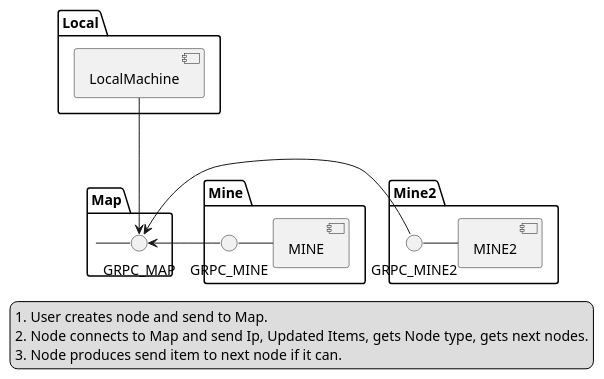
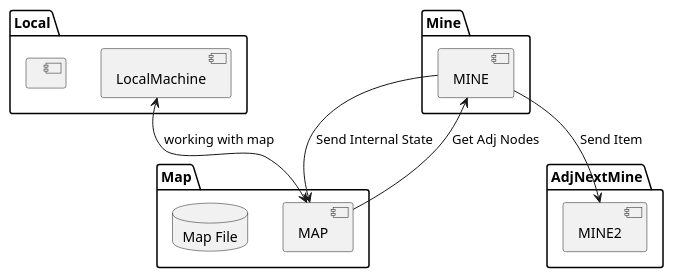
One commit to overmesgit/factorio changed the diagram in diagram.puml. Above: the diagram before and after it, drawn with PlantUML. The commit also changed 19 other files, not shown here.

Commit message:
New local map

```diff
--- a/diagram.puml
+++ b/diagram.puml
@@ -1,38 +1,41 @@
 @startuml
 'https://plantuml.com/component-diagram
 
 package "Local" {
   [LocalMachine]
+  component A [
+  ]
 }
 
 package "Map" {
-  GRPC_MAP - [Map]
+  [MAP]
+
+  database "Map File" {
+  }
+  component A [
+  1. Store node MAP in filesystem.
+  2. Get nodes update from frontend.
+  3. Serve frontend.
+
+  1. Create new nodes.
+  2. Store nodes ip addresses/state.
+  3. Serve adjusted_nodes endpoint.
+  ]
 }
 
+LocalMachine <--> MAP : working with map
+
 package "Mine" {
-  GRPC_MINE - [MINE]
+  [MINE]
 }
 
-package "Mine2" {
-  GRPC_MINE2 - [MINE2]
+package "AdjNextMine" {
+  [MINE2]
 }
 
+MINE --> MAP : Send Internal State
+MINE <-- MAP : Get Adj Nodes
 
-[LocalMachine] ---> [GRPC_MAP]
-[GRPC_MINE] -> [GRPC_MAP]
-[GRPC_MINE2] -> [GRPC_MAP]
-
-legend
-1. User creates node and send to Map.
-2. Node connects to Map and send Ip, Updated Items, gets Node type, gets next nodes.
-3. Node produces send item to next node if it can.
-end legend
-
-
-'cloud {
-'}
-'
-'database "MySql" {
-'}
+MINE --> MINE2 : Send Item
 
 @enduml
```
